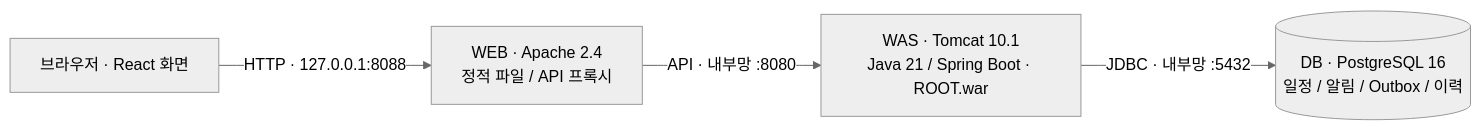
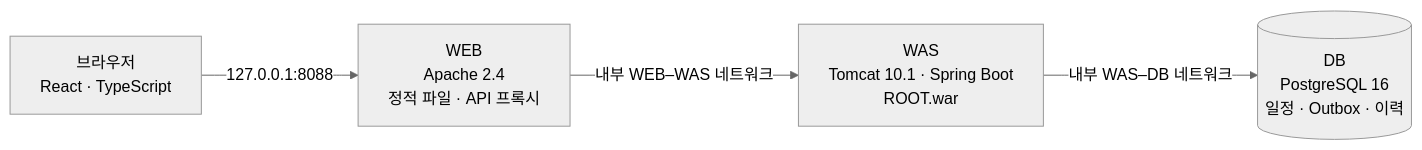
Before and after one commit to grapefruit0205/middleproject: the first of 3 diagrams in README.md, drawn with Mermaid (neutral theme). The commit also changed other lines of this file and 15 other files, not shown here.

````diff
--- a/README.md
+++ b/README.md
@@ -30,10 +80,12 @@
 ```mermaid
 flowchart LR
-    browser["브라우저 · React 화면"]
-    web["WEB · Apache 2.4<br/>정적 파일 / API 프록시"]
-    was["WAS · Tomcat 10.1<br/>Java 21 / Spring Boot · ROOT.war"]
-    db[("DB · PostgreSQL 16<br/>일정 / 알림 / Outbox / 이력")]
-    browser -->|"HTTP · 127.0.0.1:8088"| web
-    web -->|"API · 내부망 :8080"| was
-    was -->|"JDBC · 내부망 :5432"| db
+    user["브라우저<br/>React · TypeScript"]
+    web["WEB<br/>Apache 2.4<br/>정적 파일 · API 프록시"]
+    was["WAS<br/>Tomcat 10.1 · Spring Boot<br/>ROOT.war"]
+    db[("DB<br/>PostgreSQL 16<br/>일정 · Outbox · 이력")]
+
+    user -->|"127.0.0.1:8088"| web
+    web -->|"내부 WEB–WAS 네트워크"| was
+    was -->|"내부 WAS–DB 네트워크"| db
+
 ```
````
